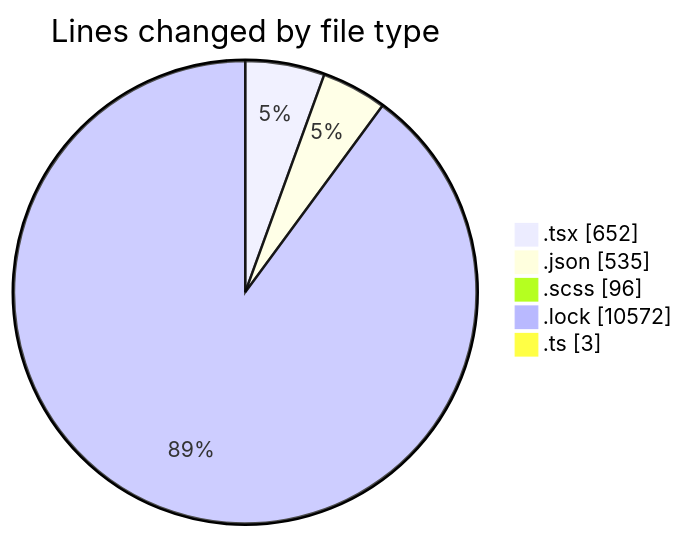
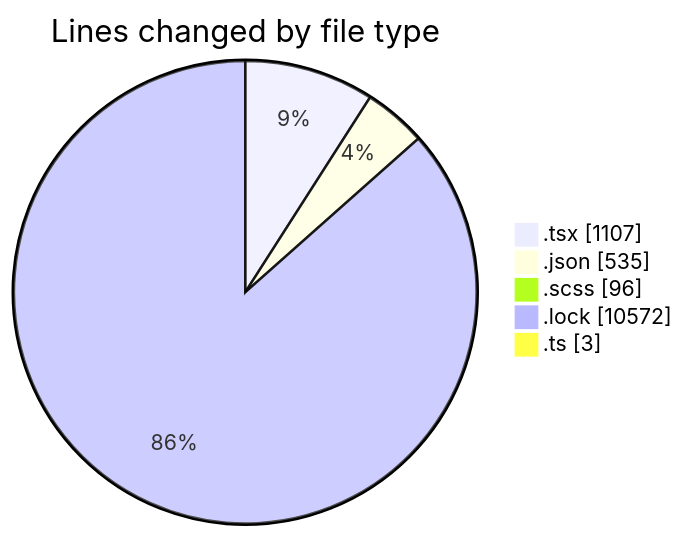
Before and after one commit to momahboobian/code-tracking: the first of 2 diagrams in 2026-05-13/cda/README.md, drawn with Mermaid. The commit also changed other lines of this file and 1 other file, not shown here.

````diff
--- a/2026-05-13/cda/README.md
+++ b/2026-05-13/cda/README.md
@@ -32,9 +32,9 @@
 ```mermaid
 pie showData
 title Lines changed by file type
-".tsx" : 652
+".tsx" : 1107
 ".json" : 535
 ".scss" : 96
 ".lock" : 10572
 ".ts" : 3
 ```
````
